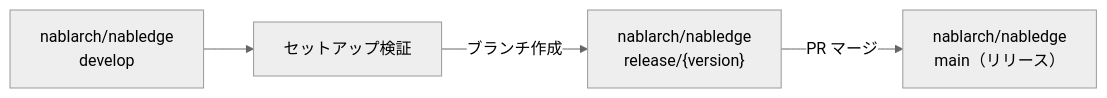
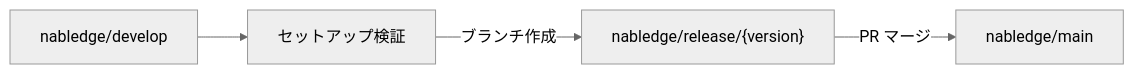
The second of 2 diagrams in README.md (nablarch/nabledge-dev), drawn with Mermaid (neutral theme) before and after one commit. The commit also changed other lines of this file, not shown here.

````diff
--- a/README.md
+++ b/README.md
@@ -95,11 +95,11 @@
 ```mermaid
 flowchart LR
-    DEV["nablarch/nabledge<br/>develop"]
+    DEV["nabledge/develop"]
     TEST["セットアップ検証"]
-    RB["nablarch/nabledge<br/>release/{version}"]
-    RELEASE["nablarch/nabledge<br/>main（リリース）"]
+    RB["nabledge/release/{version}"]
+    RELEASE["nabledge/main"]
 
     DEV --> TEST
     TEST -->|"ブランチ作成"| RB
     RB -->|"PR マージ"| RELEASE
 ```
````
